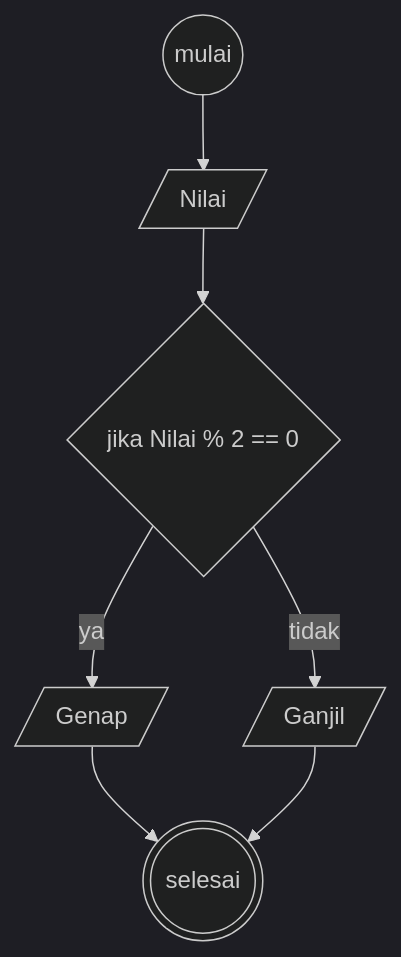
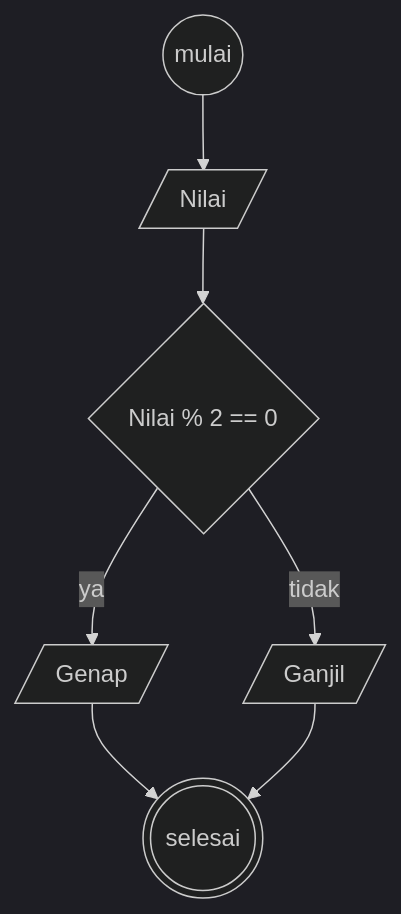
One commit to daberpro/koda-b10-algoritma changed the diagram in README.md. Above: the diagram before and after it, drawn with Mermaid (dark theme).

````diff
--- a/README.md
+++ b/README.md
@@ -20,19 +20,19 @@
 ```mermaid
 
 flowchart TB
     Start((mulai))
     Nilai[/Nilai/]
-    Kondisi{jika Nilai % 2 == 0}
+    Kondisi{Nilai % 2 == 0}
     P2_1[/"Genap"/]
     P2_2[/"Ganjil"/]
     End(((selesai)))
 
     Start --> Nilai
     Nilai --> Kondisi
     Kondisi --> |ya| P2_1
     Kondisi --> |tidak| P2_2
 
     P2_1 --> End
     P2_2 --> End
 
 ```
````
